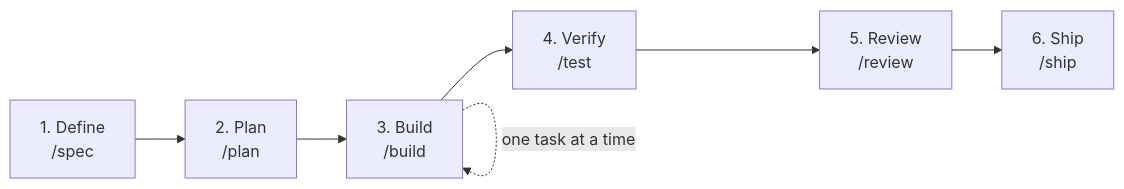
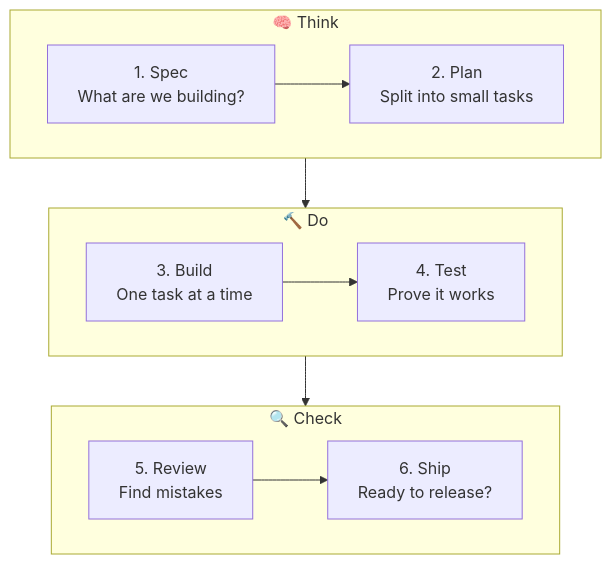
The second of 4 diagrams in README.md (tpillai/addysomani-agent-skill-demo), drawn with Mermaid before and after one commit. The commit also changed other lines of this file and 1 other file, not shown here.

````diff
--- a/README.md
+++ b/README.md
@@ -74,6 +35,16 @@
 ```mermaid
-flowchart LR
-    D["1. Define<br/>/spec"] --> P["2. Plan<br/>/plan"] --> B["3. Build<br/>/build"]
-    B --> V["4. Verify<br/>/test"] --> R["5. Review<br/>/review"] --> SH["6. Ship<br/>/ship"]
-    B -. "one task at a time" .-> B
+flowchart TB
+    subgraph Think["🧠 Think"]
+        direction LR
+        A["1. Spec<br/>What are we building?"] --> B["2. Plan<br/>Split into small tasks"]
+    end
+    subgraph Do["🔨 Do"]
+        direction LR
+        C["3. Build<br/>One task at a time"] --> D["4. Test<br/>Prove it works"]
+    end
+    subgraph Check["🔍 Check"]
+        direction LR
+        E["5. Review<br/>Find mistakes"] --> F["6. Ship<br/>Ready to release?"]
+    end
+    Think --> Do --> Check
 ```
````
